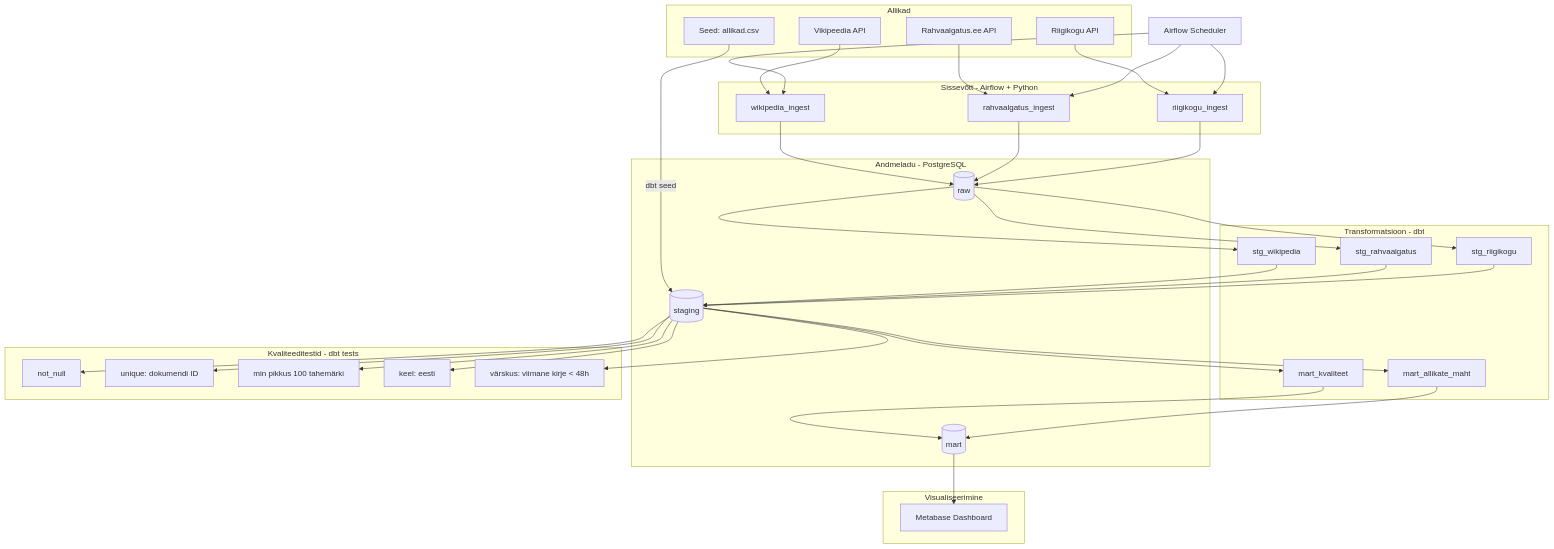
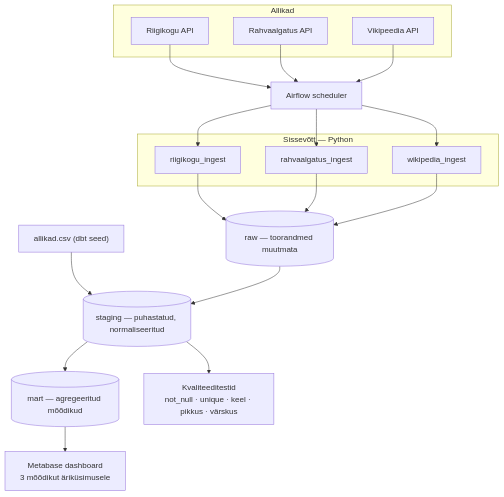
One commit to eleriaedmaa/tekstiandmete_kvaliteet changed the diagram in docs/arhitektuur.md. Above: the diagram before and after it, drawn with Mermaid.

````diff
--- a/docs/arhitektuur.md
+++ b/docs/arhitektuur.md
@@ -22,53 +22,35 @@
 ```mermaid
 flowchart TD
     subgraph Allikad
         A1["Riigikogu API"]
-        A2["Rahvaalgatus.ee API"]
+        A2["Rahvaalgatus API"]
         A3["Vikipeedia API"]
-        A4["Seed: allikad.csv"]
     end
 
-    subgraph Sissevõtt ["Sissevõtt - Airflow + Python"]
+    SCH["Airflow scheduler"]
+
+    subgraph Sissevõtt ["Sissevõtt — Python"]
         B1["riigikogu_ingest"]
         B2["rahvaalgatus_ingest"]
         B3["wikipedia_ingest"]
     end
 
-    subgraph Ladu ["Andmeladu - PostgreSQL"]
-        C1[("raw")]
-        C2[("staging")]
-        C3[("mart")]
-    end
+    SEED["allikad.csv (dbt seed)"]
 
-    subgraph Transformatsioon ["Transformatsioon - dbt"]
-        D1["stg_riigikogu"]
-        D2["stg_rahvaalgatus"]
-        D3["stg_wikipedia"]
-        D4["mart_allikate_maht"]
-        D5["mart_kvaliteet"]
-    end
+    RAW[("raw — toorandmed muutmata")]
+    STG[("staging — puhastatud, normaliseeritud")]
+    MART[("mart — agregeeritud mõõdikud")]
+    TEST["Kvaliteeditestid
+not_null · unique · keel · pikkus · värskus"]
+    DASH["Metabase dashboard
+3 mõõdikut äriküsimusele"]
 
-    subgraph Kvaliteet ["Kvaliteeditestid - dbt tests"]
-        E1["not_null"]
-        E2["unique: dokumendi ID"]
-        E3["min pikkus 100 tahemärki"]
-        E4["keel: eesti"]
-        E5["värskus: viimane kirje < 48h"]
-    end
-
-    subgraph Visualiseerimine
-        F1["Metabase Dashboard"]
-    end
-
-    Scheduler["Airflow Scheduler"] --> B1 & B2 & B3
-
-    A1 --> B1 --> C1
-    A2 --> B2 --> C1
-    A3 --> B3 --> C1
-    A4 -->|dbt seed| C2
-
-    C1 --> D1 & D2 & D3 --> C2
-    C2 --> D4 & D5 --> C3
-    C2 --> E1 & E2 & E3 & E4 & E5
-    C3 --> F1
+    A1 & A2 & A3 --> SCH
+    SCH --> B1 & B2 & B3
+    B1 & B2 & B3 --> RAW
+    SEED --> STG
+    RAW --> STG
+    STG --> TEST
+    STG --> MART
+    MART --> DASH
 ```
````
